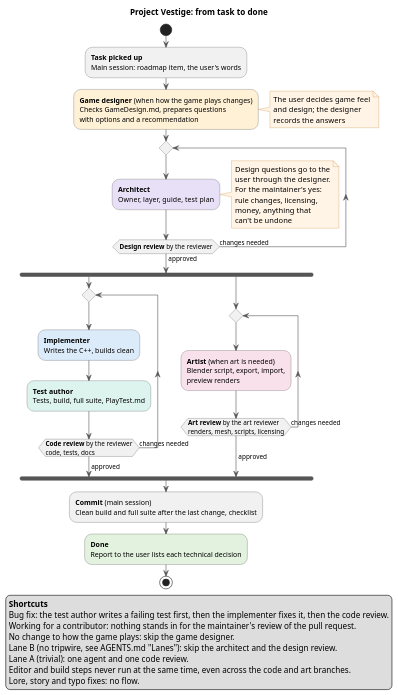
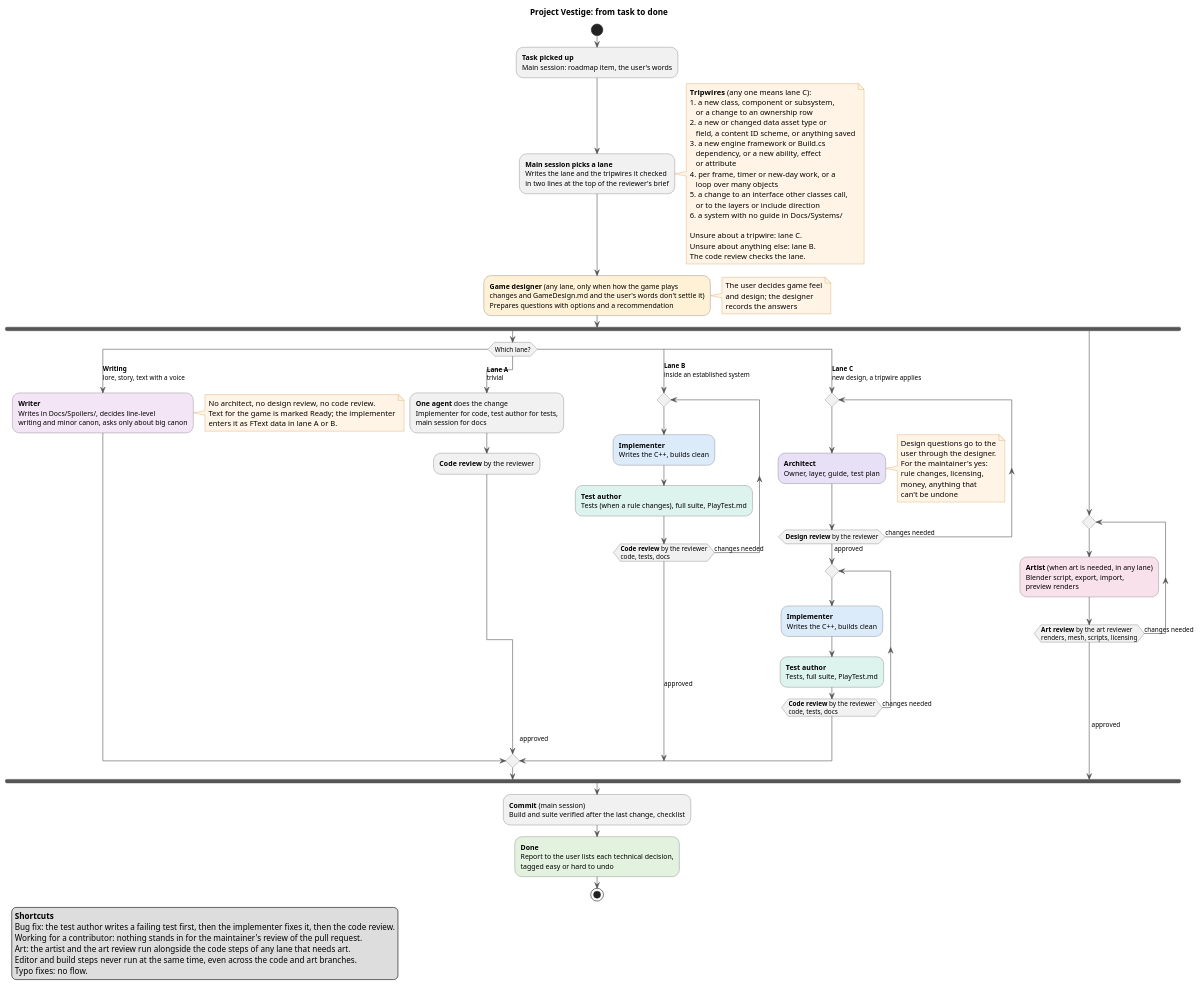
The diagram in .claude/agent-flow.puml (DunderGG/ProjectVestige), drawn with PlantUML before and after one commit. The commit also changed 2 other files, not shown here.

Commit message:
Draw the lanes in the agent flow diagram
The previous diagram change only added legend lines. The flow now has a step where the main session picks a lane, with the six tripwires in a note, and branches into the writing route and lanes A (trivial), B (inside an established system) and C (a new design, with the architect and the design review). The game designer step applies to any lane, and the artist branch runs alongside whichever lane needs art. Re-rendered with PlantUML.

```diff
--- a/.claude/agent-flow.puml
+++ b/.claude/agent-flow.puml
@@ -1,75 +1,123 @@
 @startuml agent-flow
-' Project Vestige agent flow. The rules behind it are in AGENTS.md, "How work is done".
+' Project Vestige agent flow. The rules behind it are in AGENTS.md, "How work is done" and "Lanes".
 ' Render: right-click in VS Code > Preview Current Diagram (PlantUML extension), or
 ' java -jar plantuml.jar -tpng .claude/agent-flow.puml
 skinparam shadowing false
 skinparam defaultFontName Segoe UI
 skinparam ActivityBorderColor #555555
 skinparam ArrowColor #555555
 skinparam NoteBackgroundColor #FFF4E5
 skinparam NoteBorderColor #C98A3A
 
 title Project Vestige: from task to done
 
 start
 :**Task picked up**
 Main session: roadmap item, the user's words;
 
-#FFF1D6:**Game designer** (when how the game plays changes)
-Checks GameDesign.md, prepares questions
-with options and a recommendation;
+:**Main session picks a lane**
+Writes the lane and the tripwires it checked
+in two lines at the top of the reviewer's brief;
+note right
+  **Tripwires** (any one means lane C):
+  1. a new class, component or subsystem,
+     or a change to an ownership row
+  2. a new or changed data asset type or
+     field, a content ID scheme, or anything saved
+  3. a new engine framework or Build.cs
+     dependency, or a new ability, effect
+     or attribute
+  4. per frame, timer or new-day work, or a
+     loop over many objects
+  5. a change to an interface other classes call,
+     or to the layers or include direction
+  6. a system with no guide in Docs/Systems/
+
+  Unsure about a tripwire: lane C.
+  Unsure about anything else: lane B.
+  The code review checks the lane.
+end note
+
+#FFF1D6:**Game designer** (any lane, only when how the game plays
+changes and GameDesign.md and the user's words don't settle it)
+Prepares questions with options and a recommendation;
 note right
   The user decides game feel
   and design; the designer
   records the answers
 end note
 
-repeat
-  #E8E0F7:**Architect**
-  Owner, layer, guide, test plan;
+fork
+switch (Which lane?)
+case (**Writing**\nlore, story, text with a voice)
+  #F3E5F5:**Writer**
+  Writes in Docs/Spoilers/, decides line-level
+  writing and minor canon, asks only about big canon;
   note right
-    Design questions go to the
-    user through the designer.
-    For the maintainer's yes:
-    rule changes, licensing,
-    money, anything that
-    can't be undone
+    No architect, no design review, no code review.
+    Text for the game is marked Ready; the implementer
+    enters it as FText data in lane A or B.
   end note
-repeat while (**Design review** by the reviewer) is (changes needed) not (approved)
-
-fork
+case (**Lane A**\ntrivial)
+  :**One agent** does the change
+  Implementer for code, test author for tests,
+  main session for docs;
+  :**Code review** by the reviewer;
+case (**Lane B**\ninside an established system)
   repeat
     #DCEBFA:**Implementer**
     Writes the C++, builds clean;
     #DDF3EE:**Test author**
-    Tests, build, full suite, PlayTest.md;
+    Tests (when a rule changes), full suite, PlayTest.md;
   repeat while (**Code review** by the reviewer
 code, tests, docs) is (changes needed)
   ->approved;
+case (**Lane C**\nnew design, a tripwire applies)
+  repeat
+    #E8E0F7:**Architect**
+    Owner, layer, guide, test plan;
+    note right
+      Design questions go to the
+      user through the designer.
+      For the maintainer's yes:
+      rule changes, licensing,
+      money, anything that
+      can't be undone
+    end note
+  repeat while (**Design review** by the reviewer) is (changes needed) not (approved)
+  repeat
+    #DCEBFA:**Implementer**
+    Writes the C++, builds clean;
+    #DDF3EE:**Test author**
+    Tests, full suite, PlayTest.md;
+  repeat while (**Code review** by the reviewer
+code, tests, docs) is (changes needed)
+  ->approved;
+endswitch
+
 fork again
   repeat
-    #F9E1EC:**Artist** (when art is needed)
+    #F9E1EC:**Artist** (when art is needed, in any lane)
     Blender script, export, import,
     preview renders;
   repeat while (**Art review** by the art reviewer
 renders, mesh, scripts, licensing) is (changes needed)
   ->approved;
 end fork
 
 :**Commit** (main session)
-Clean build and full suite after the last change, checklist;
+Build and suite verified after the last change, checklist;
 #E2F2DF:**Done**
-Report to the user lists each technical decision;
+Report to the user lists each technical decision,
+tagged easy or hard to undo;
 stop
 
 legend bottom left
   **Shortcuts**
   Bug fix: the test author writes a failing test first, then the implementer fixes it, then the code review.
   Working for a contributor: nothing stands in for the maintainer's review of the pull request.
-  No change to how the game plays: skip the game designer.
-  Lane B (no tripwire, see AGENTS.md "Lanes"): skip the architect and the design review.
-  Lane A (trivial): one agent and one code review.
+  Art: the artist and the art review run alongside the code steps of any lane that needs art.
   Editor and build steps never run at the same time, even across the code and art branches.
-  Lore, story and typo fixes: no flow.
+  Typo fixes: no flow.
 endlegend
 @enduml
```
